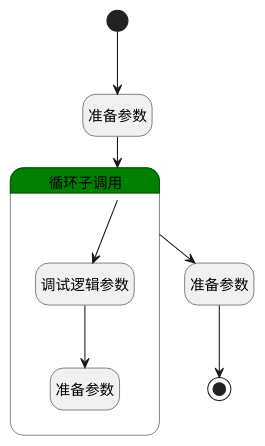
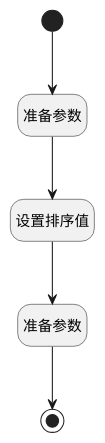
The diagram in doc/docsify/module/TestMgmt/guideline/logic/fill_stage_order.md (iBizLab/plm), drawn with PlantUML before and after one commit. The commit also changed other lines of this file and 799 other files, not shown here.

````diff
--- a/doc/docsify/module/TestMgmt/guideline/logic/fill_stage_order.md
+++ b/doc/docsify/module/TestMgmt/guideline/logic/fill_stage_order.md
@@ -7,30 +7,25 @@
 ```plantuml
 @startuml
 hide empty description
 <style>
 root {
   HyperlinkColor #42b983
 }
 </style>
 
 hide empty description
 state "开始" as Begin <<start>> [[$./fill_stage_order#begin {"开始"}]]
 state "结束" as END1 <<end>> [[$./fill_stage_order#end1 {"结束"}]]
 state "准备参数" as PREPAREPARAM1  [[$./fill_stage_order#prepareparam1 {"准备参数"}]]
+state "设置排序值" as RAWSFCODE1  [[$./fill_stage_order#rawsfcode1 {"设置排序值"}]]
 state "准备参数" as PREPAREPARAM3  [[$./fill_stage_order#prepareparam3 {"准备参数"}]]
-state "循环子调用" as LOOPSUBCALL1  [[$./fill_stage_order#loopsubcall1 {"循环子调用"}]] #green {
-state "调试逻辑参数" as DEBUGPARAM2  [[$./fill_stage_order#debugparam2 {"调试逻辑参数"}]]
-state "准备参数" as PREPAREPARAM2  [[$./fill_stage_order#prepareparam2 {"准备参数"}]]
-}
 
 
 Begin --> PREPAREPARAM1
-PREPAREPARAM1 --> LOOPSUBCALL1
-LOOPSUBCALL1 --> DEBUGPARAM2
-DEBUGPARAM2 --> PREPAREPARAM2
-LOOPSUBCALL1 --> PREPAREPARAM3
+PREPAREPARAM1 --> RAWSFCODE1
+RAWSFCODE1 --> PREPAREPARAM3
 PREPAREPARAM3 --> END1
 
 
 @enduml
 ```
````
